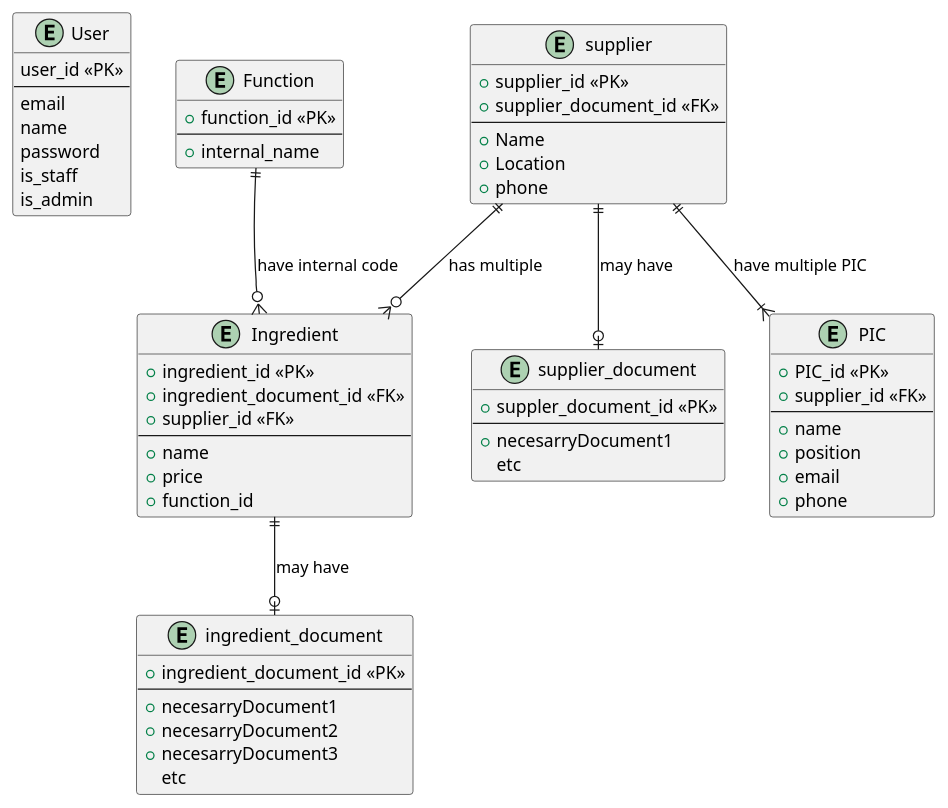
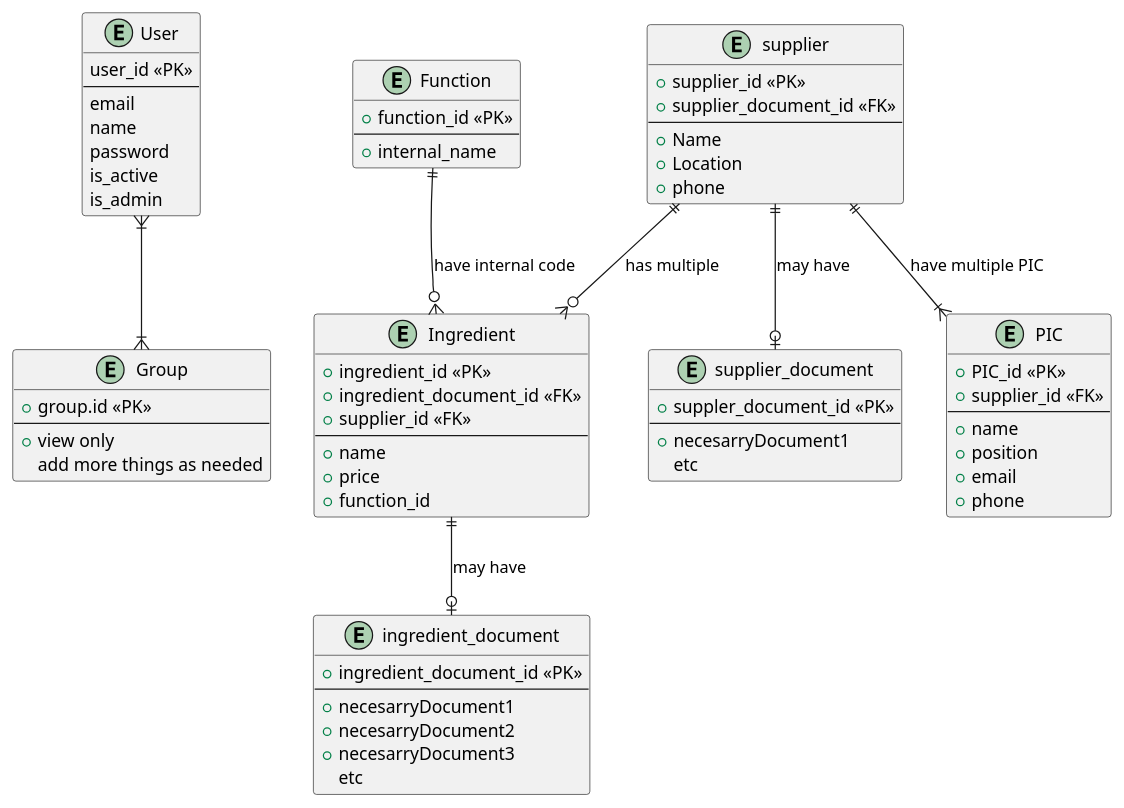
Before and after one commit to Revelvol/supplierManagementApi: the diagram in DatabaseDesign.puml, drawn with PlantUML. The commit also changed 12 other files, not shown here.

```diff
--- a/DatabaseDesign.puml
+++ b/DatabaseDesign.puml
@@ -1,74 +1,83 @@
 @startuml
 
 entity User {
    user_id <<PK>>
    --
    email
    name
    password
-   is_staff
+   is_active
    is_admin
 }
 
 entity Ingredient {
   +ingredient_id <<PK>>
 +ingredient_document_id <<FK>>
   +supplier_id <<FK>>
   --
   +name
   +price
   +function_id
 }
 
 entity Function {
   +function_id <<PK>>
   --
   +internal_name
 }
 
 entity ingredient_document {
   +ingredient_document_id <<PK>>
   --
   +necesarryDocument1
   +necesarryDocument2
   +necesarryDocument3
   etc
 }
 
 entity supplier {
   +supplier_id <<PK>>
   +supplier_document_id <<FK>>
   --
   +Name
   +Location
   +phone
 }
 
 entity supplier_document {
   +suppler_document_id <<PK>>
   --
   +necesarryDocument1
   etc
 }
 
 entity PIC{
   +PIC_id <<PK>>
   +supplier_id <<FK>>
   --
   +name
   +position
   +email
   +phone
 }
 
+entity Group {
++group.id <<PK>>
+--
++view only
+add more things as needed
+}
+
 supplier ||--o{ Ingredient : has multiple
 
 supplier ||--o| supplier_document : may have
 
 Function ||--o{ Ingredient : have internal code
 
 Ingredient ||--o| ingredient_document : may have
 
 supplier ||--|{ PIC : have multiple PIC
 
+User }|--|{ Group
+
 @enduml
```
